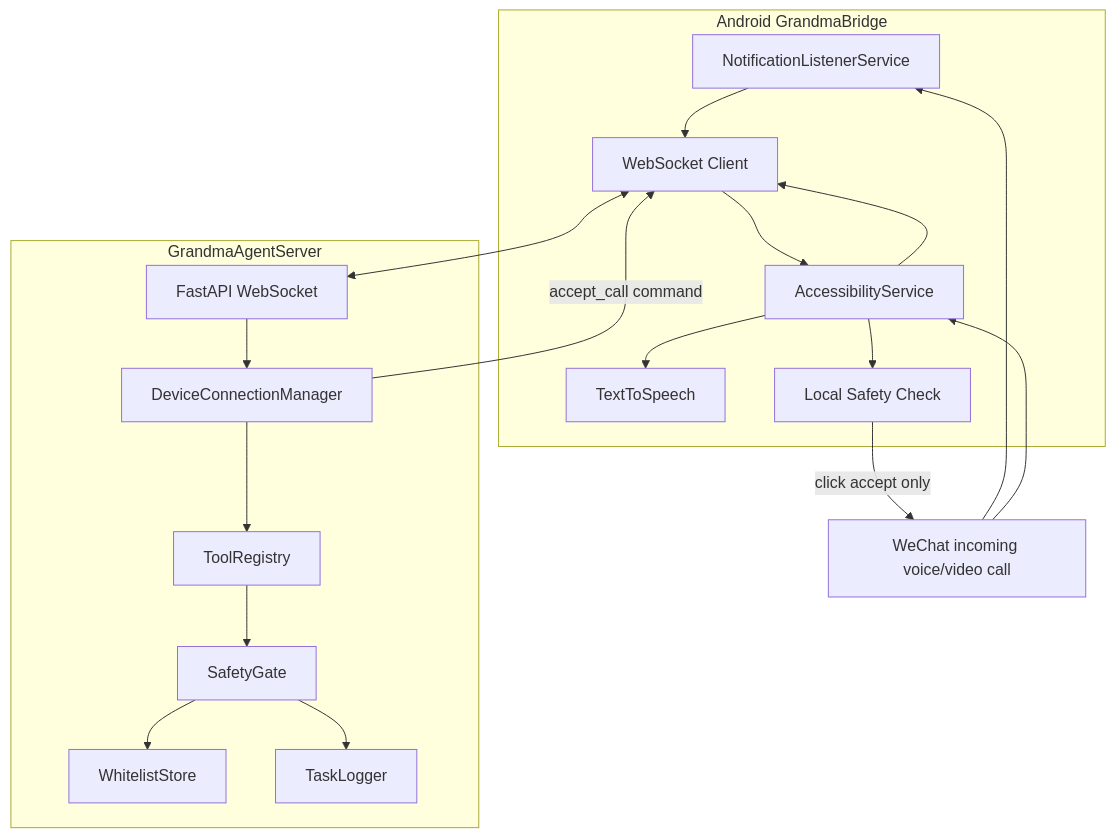
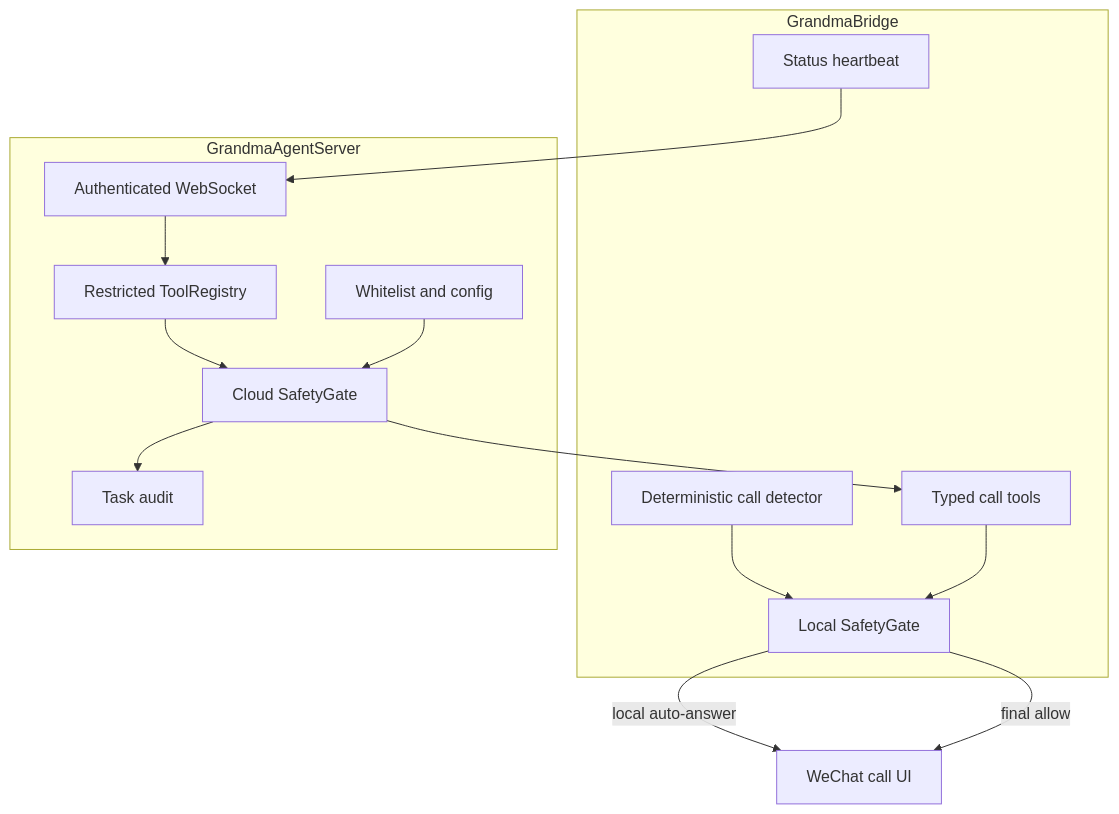
One commit to NaritaC/GrandmaCallAgent changed the third of 3 diagrams in docs/ARCHITECTURE.md. Above: the diagram before and after it, drawn with Mermaid. The commit also changed other lines of this file and 22 other files, not shown here.

Commit message:
Add V0-A snapshot safety gate

````diff
--- a/docs/ARCHITECTURE.md
+++ b/docs/ARCHITECTURE.md
@@ -36,35 +49,26 @@
 ```mermaid
 flowchart TB
-  subgraph Phone[Android GrandmaBridge]
-    N[NotificationListenerService]
-    A[AccessibilityService]
-    W[WebSocket Client]
-    T[TextToSpeech]
-    L[Local Safety Check]
+  subgraph Phone[GrandmaBridge]
+    D[Deterministic call detector]
+    API[Typed call tools]
+    LS[Local SafetyGate]
+    HB[Status heartbeat]
   end
-
-  subgraph Cloud[GrandmaAgentServer]
-    WS[FastAPI WebSocket]
-    CM[DeviceConnectionManager]
-    TR[ToolRegistry]
-    SG[SafetyGate]
-    WL[WhitelistStore]
-    LOG[TaskLogger]
+  subgraph Server[GrandmaAgentServer]
+    WS[Authenticated WebSocket]
+    TR[Restricted ToolRegistry]
+    CS[Cloud SafetyGate]
+    CFG[Whitelist and config]
+    AUDIT[Task audit]
   end
-
-  WeChat[WeChat incoming voice/video call] --> N
-  WeChat --> A
-  N --> W
-  A --> W
-  W <--> WS
-  WS --> CM
-  CM --> TR
-  TR --> SG
-  SG --> WL
-  SG --> LOG
-  CM -->|accept_call command| W
-  W --> A
-  A --> L
-  L -->|click accept only| WeChat
-  A --> T
+  D --> LS
+  LS -->|local auto-answer| WeChat[WeChat call UI]
+  HB --> WS
+  WS --> TR
+  TR --> CS
+  CS --> API
+  API --> LS
+  LS -->|final allow| WeChat
+  CS --> AUDIT
+  CFG --> CS
 ```
````
